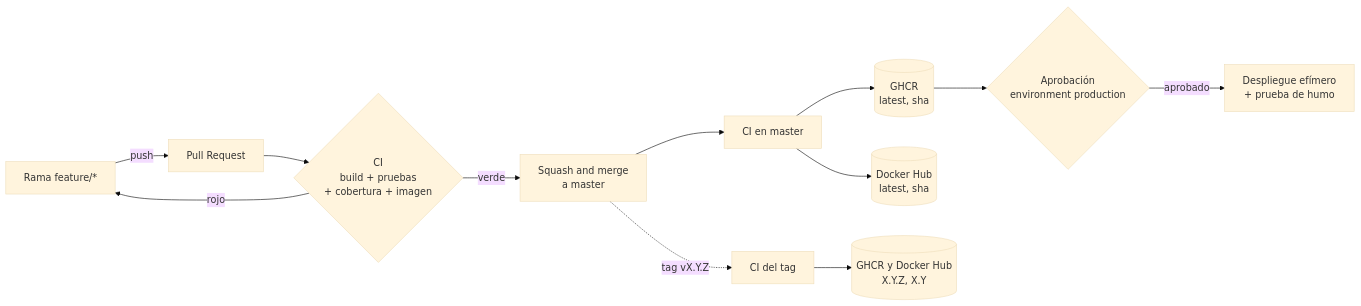
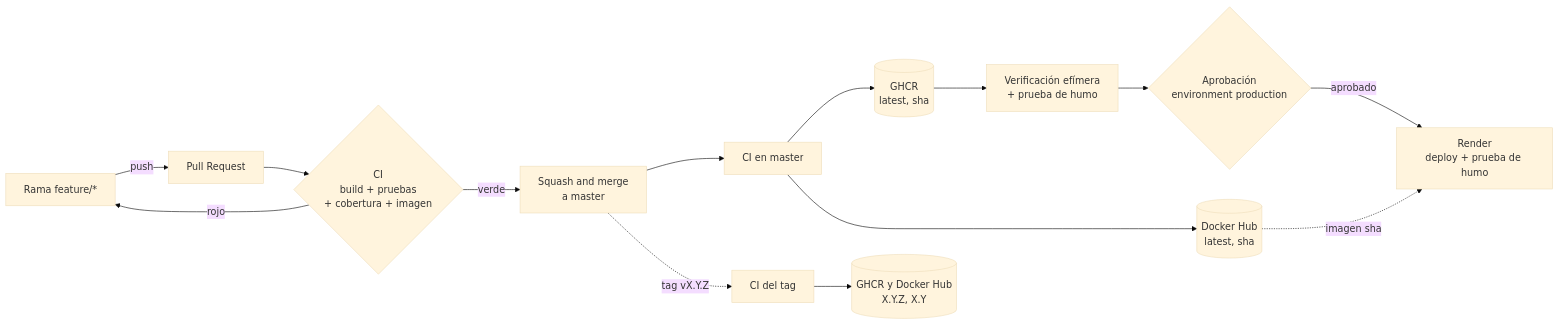
One commit to christophersanz/AI-CICD changed the diagram in docs/guides/ci-cd.md. Above: the diagram before and after it, drawn with Mermaid (base theme). The commit also changed other lines of this file and 11 other files, not shown here.

First line of the commit message:
Desplegar en Render tras la aprobación de production (#2)

````diff
--- a/docs/guides/ci-cd.md
+++ b/docs/guides/ci-cd.md
@@ -21,14 +21,16 @@
 ```mermaid
 flowchart LR
     A[Rama feature/*] -->|push| B[Pull Request]
     B --> C{CI<br/>build + pruebas<br/>+ cobertura + imagen}
     C -->|rojo| A
     C -->|verde| D[Squash and merge<br/>a master]
     D --> E[CI en master]
     E --> F[(GHCR<br/>latest, sha)]
     E --> G[(Docker Hub<br/>latest, sha)]
-    F --> W{Aprobación<br/>environment production}
-    W -->|aprobado| X[Despliegue efímero<br/>+ prueba de humo]
+    F --> V[Verificación efímera<br/>+ prueba de humo]
+    V --> W{Aprobación<br/>environment production}
+    G -.->|imagen sha| R
+    W -->|aprobado| R[Render<br/>deploy + prueba de humo]
     D -.->|tag vX.Y.Z| H[CI del tag]
     H --> I[(GHCR y Docker Hub<br/>X.Y.Z, X.Y)]
 ```
````
